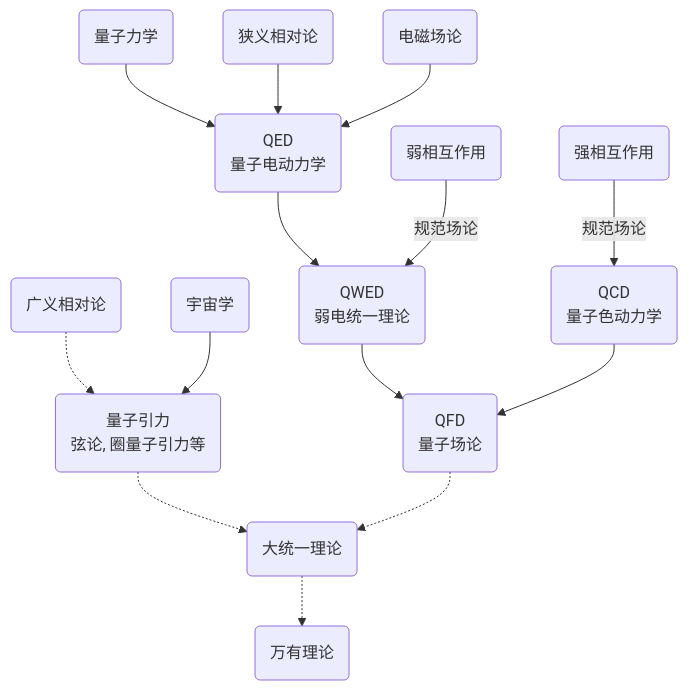
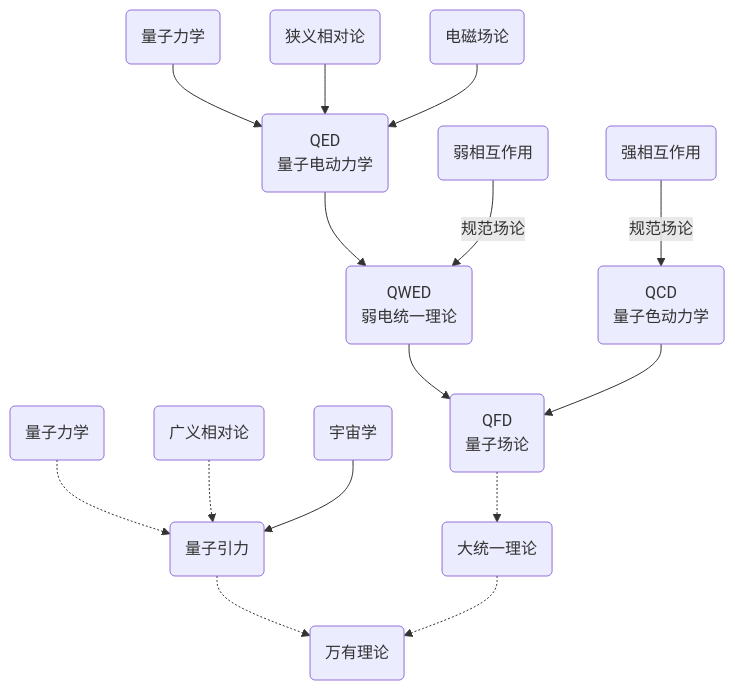
The diagram in source/_drafts/physics/ToE.md (WilenWu/myblog), drawn with Mermaid before and after one commit. The commit also changed other lines of this file and 19 other files, not shown here.

````diff
--- a/source/_drafts/physics/ToE.md
+++ b/source/_drafts/physics/ToE.md
@@ -13,21 +13,22 @@
 ```mermaid
 graph TD
-C3(广义相对论) -.-> D2(量子引力<br />弦论, 圈量子引力等)
+C5(量子力学) -.-> D2
+C3(广义相对论) -.-> D2(量子引力)
 C4(宇宙学) --> D2
 
 A1(量子力学) --> B1(QED<br />量子电动力学)
 A2(狭义相对论) --> B1
 A3(电磁场论) --> B1
 
 B1 --> C1(QWED<br />弱电统一理论)
 B2(弱相互作用) --规范场论--> C1
 B3(强相互作用) --规范场论--> C2(QCD<br />量子色动力学)
 
 C1 --> D1(QFD<br />量子场论)
 C2 --> D1
 
-D2 -.-> E(大统一理论)
-D1 -.-> E
+D2 -.-> F(万有理论)
+D1 -.-> E(大统一理论)
 
-E -.-> F(万有理论)
+E -.-> F
 ```
````
